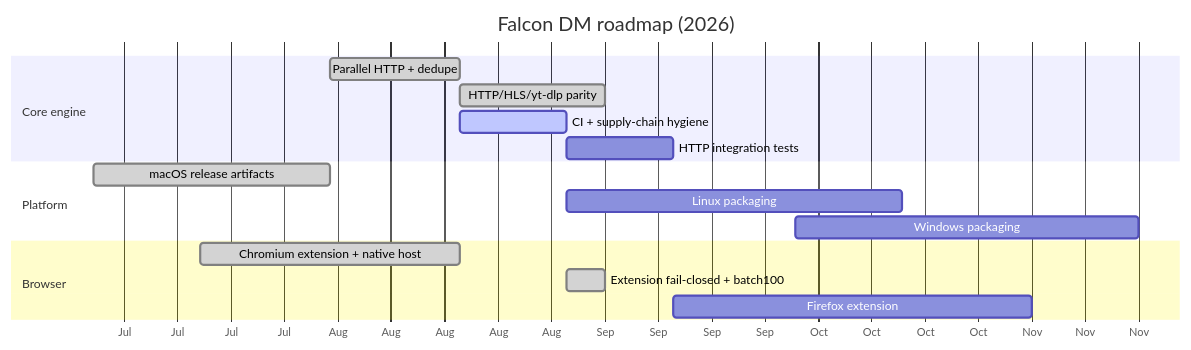
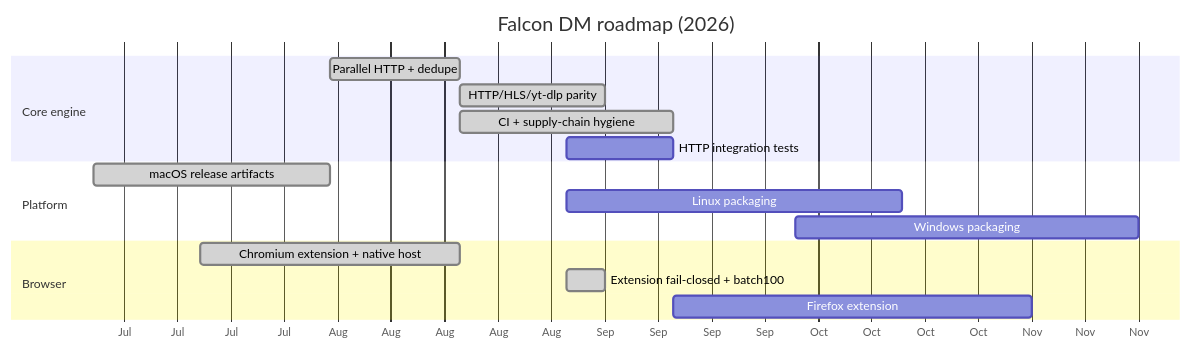
The diagram in wiki/Roadmap.md (batu3384/falcon-dm), drawn with Mermaid before and after one commit. The commit also changed other lines of this file and 6 other files, not shown here.

````diff
--- a/wiki/Roadmap.md
+++ b/wiki/Roadmap.md
@@ -59,22 +63,22 @@
 ```mermaid
 gantt
     title Falcon DM roadmap (2026)
     dateFormat YYYY-MM-DD
     axisFormat %b
 
     section Core engine
     Parallel HTTP + dedupe           :done, core1, 2026-08-01, 2026-08-18
     HTTP/HLS/yt-dlp parity           :done, core4, 2026-08-18, 2026-09-06
-    CI + supply-chain hygiene        :active, core2, 2026-08-18, 2026-09-01
+    CI + supply-chain hygiene        :done, core2, 2026-08-18, 2026-09-15
     HTTP integration tests           :core3, 2026-09-01, 2026-09-15
 
     section Platform
     macOS release artifacts          :done, plat1, 2026-07-01, 2026-08-01
     Linux packaging                  :plat2, 2026-09-01, 2026-10-15
     Windows packaging                :plat3, 2026-10-01, 2026-11-15
 
     section Browser
     Chromium extension + native host :done, ext1, 2026-07-15, 2026-08-18
     Extension fail-closed + batch100 :done, ext3, 2026-09-01, 2026-09-06
     Firefox extension                :ext2, 2026-09-15, 2026-11-01
 ```
````
